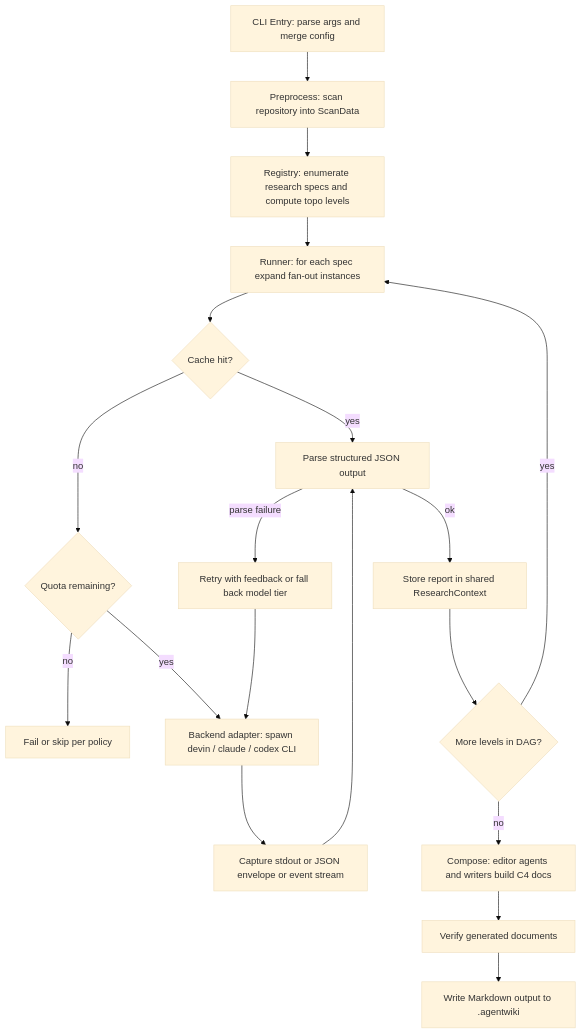
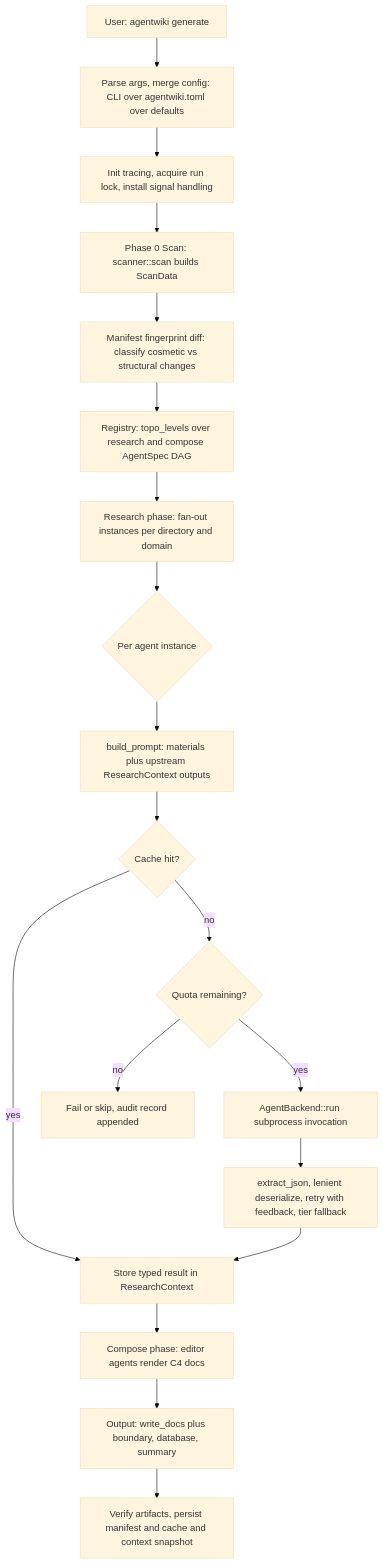
The second of 5 diagrams in docs/en/3.Workflow.md (tidusvn05/agentwiki), drawn with Mermaid (base theme) before and after one commit. The commit also changed other lines of this file and 41 other files, not shown here.

````diff
--- a/docs/en/3.Workflow.md
+++ b/docs/en/3.Workflow.md
@@ -36,21 +28,21 @@
 ```mermaid
 flowchart TD
-    A[CLI Entry: parse args and merge config] --> B[Preprocess: scan repository into ScanData]
-    B --> C[Registry: enumerate research specs and compute topo levels]
-    C --> D[Runner: for each spec expand fan-out instances]
-    D --> E{Cache hit?}
-    E -->|yes| H[Parse structured JSON output]
-    E -->|no| F{Quota remaining?}
-    F -->|no| F1[Fail or skip per policy]
-    F -->|yes| G[Backend adapter: spawn devin / claude / codex CLI]
-    G --> G1[Capture stdout or JSON envelope or event stream]
-    G1 --> H
-    H -->|parse failure| I[Retry with feedback or fall back model tier]
-    I --> G
-    H -->|ok| J[Store report in shared ResearchContext]
-    J --> K{More levels in DAG?}
-    K -->|yes| D
-    K -->|no| L[Compose: editor agents and writers build C4 docs]
-    L --> M[Verify generated documents]
-    M --> N[Write Markdown output to .agentwiki]
+    A[User: agentwiki generate] --> B[Parse args, merge config: CLI over agentwiki.toml over defaults]
+    B --> C[Init tracing, acquire run lock, install signal handling]
+    C --> D[Phase 0 Scan: scanner::scan builds ScanData]
+    D --> E[Manifest fingerprint diff: classify cosmetic vs structural changes]
+    E --> F[Registry: topo_levels over research and compose AgentSpec DAG]
+    F --> G[Research phase: fan-out instances per directory and domain]
+    G --> H{Per agent instance}
+    H --> H1[build_prompt: materials plus upstream ResearchContext outputs]
+    H1 --> H2{Cache hit?}
+    H2 -- yes --> H5[Store typed result in ResearchContext]
+    H2 -- no --> H3{Quota remaining?}
+    H3 -- no --> HX[Fail or skip, audit record appended]
+    H3 -- yes --> H4[AgentBackend::run subprocess invocation]
+    H4 --> H6[extract_json, lenient deserialize, retry with feedback, tier fallback]
+    H6 --> H5
+    H5 --> I[Compose phase: editor agents render C4 docs]
+    I --> J[Output: write_docs plus boundary, database, summary]
+    J --> K[Verify artifacts, persist manifest and cache and context snapshot]
 ```
````
